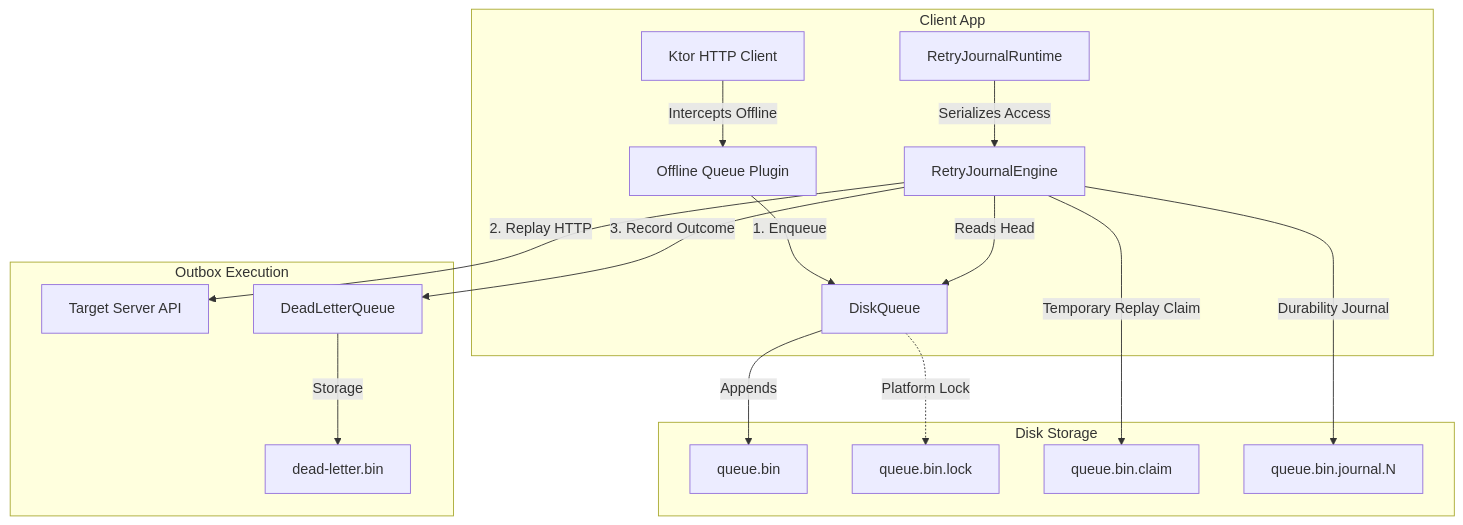
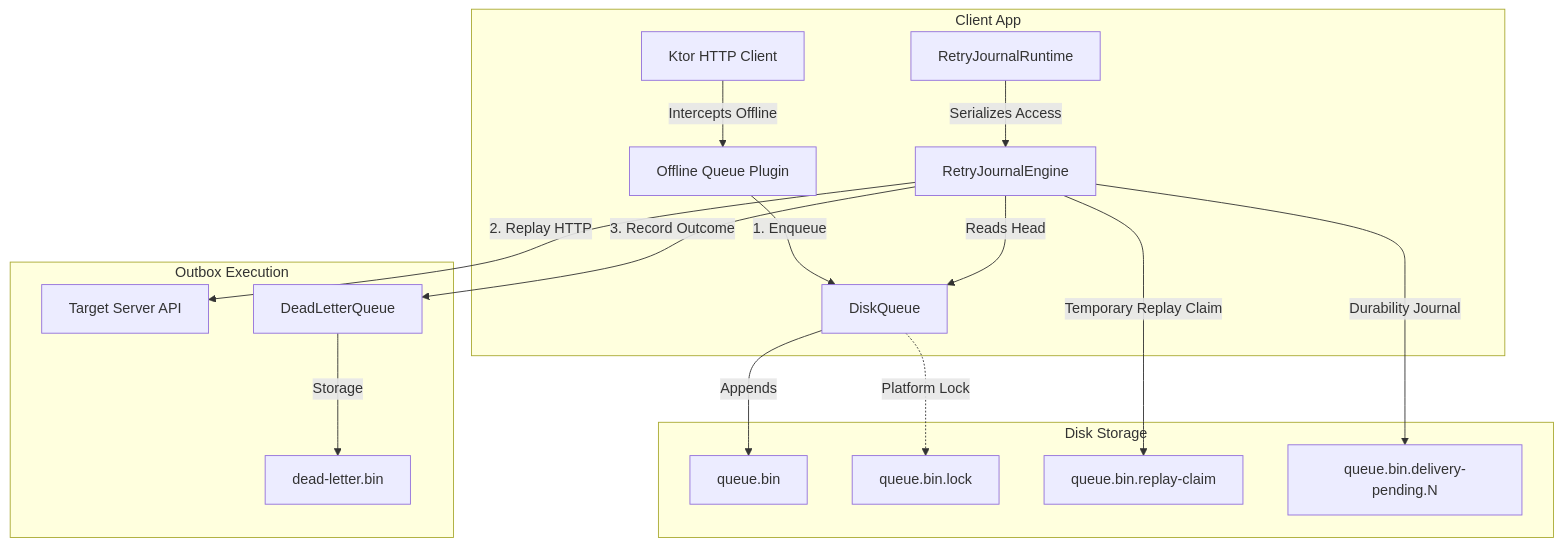
Before and after one commit to juanchurtado1991/retry-journal: the diagram in docs/architecture.md, drawn with Mermaid. The commit also changed other lines of this file, not shown here.

First line of the commit message:
docs: fix inaccuracies in architecture.md

````diff
--- a/docs/architecture.md
+++ b/docs/architecture.md
@@ -11,22 +11,22 @@
 ```mermaid
 graph TD
     subgraph Client App
         KtorClient[Ktor HTTP Client] -->|Intercepts Offline| Plugin[Offline Queue Plugin]
         Plugin -->|1. Enqueue| DiskQueue[DiskQueue]
         Runtime[RetryJournalRuntime] -->|Serializes Access| Engine[RetryJournalEngine]
     end
 
     subgraph Disk Storage
         DiskQueue -->|Appends| QueueFile[queue.bin]
         DiskQueue -.->|Platform Lock| LockFile[queue.bin.lock]
-        Engine -->|Temporary Replay Claim| ClaimFile[queue.bin.claim]
-        Engine -->|Durability Journal| JournalFile[queue.bin.journal.N]
+        Engine -->|Temporary Replay Claim| ClaimFile[queue.bin.replay-claim]
+        Engine -->|Durability Journal| JournalFile[queue.bin.delivery-pending.N]
     end
 
     subgraph Outbox Execution
         Engine -->|Reads Head| DiskQueue
         Engine -->|2. Replay HTTP| TargetServer[Target Server API]
         Engine -->|3. Record Outcome| DLQ[DeadLetterQueue]
         DLQ -->|Storage| DLQFile[dead-letter.bin]
     end
 ```
````
